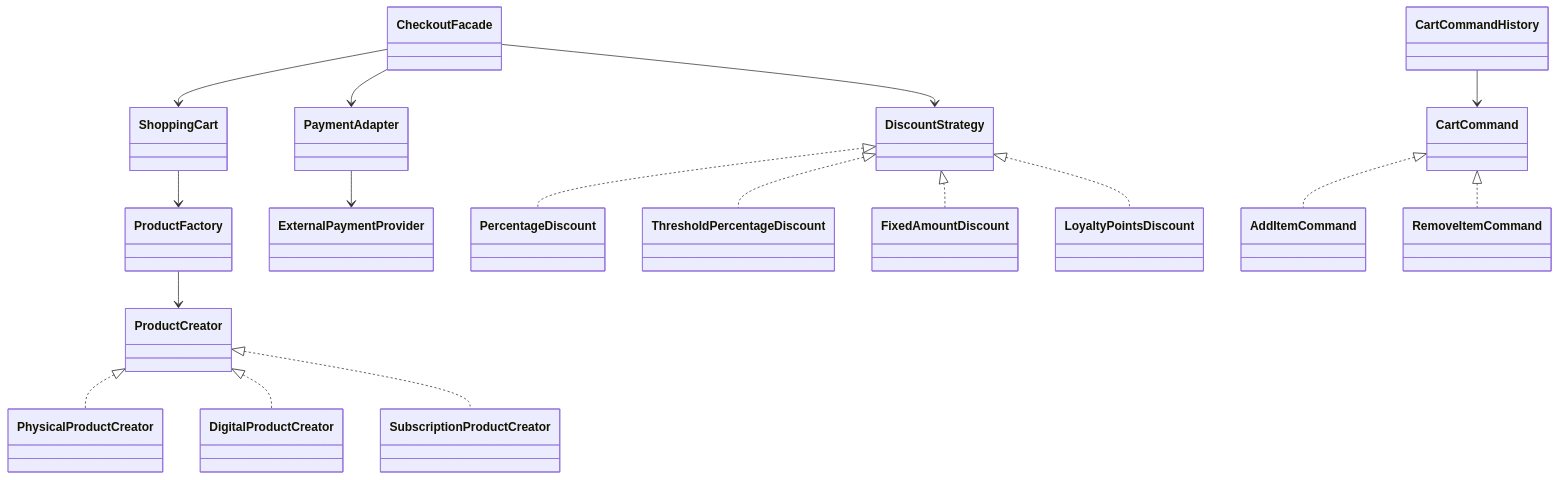
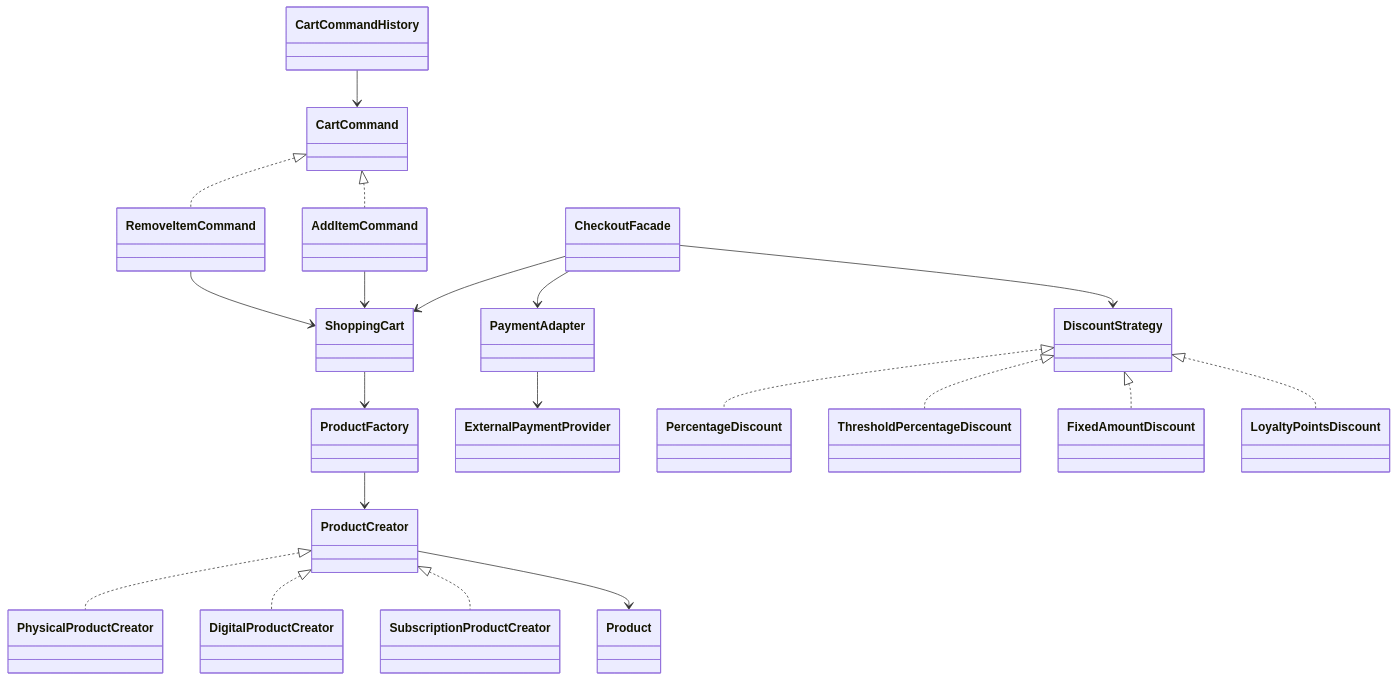
Before and after one commit to ArcielB/evolving-cart-patterns: the diagram in README.md, drawn with Mermaid. The commit also changed other lines of this file and 2 other files, not shown here.

Commit message:
docs: record final command review refinement

````diff
--- a/README.md
+++ b/README.md
@@ -42,19 +42,22 @@
 ```mermaid
 classDiagram
     ShoppingCart --> ProductFactory
     ProductFactory --> ProductCreator
     ProductCreator <|.. PhysicalProductCreator
     ProductCreator <|.. DigitalProductCreator
     ProductCreator <|.. SubscriptionProductCreator
+    ProductCreator --> Product
     CheckoutFacade --> ShoppingCart
     CheckoutFacade --> DiscountStrategy
     CheckoutFacade --> PaymentAdapter
     PaymentAdapter --> ExternalPaymentProvider
     DiscountStrategy <|.. PercentageDiscount
     DiscountStrategy <|.. ThresholdPercentageDiscount
     DiscountStrategy <|.. FixedAmountDiscount
     DiscountStrategy <|.. LoyaltyPointsDiscount
     CartCommand <|.. AddItemCommand
     CartCommand <|.. RemoveItemCommand
     CartCommandHistory --> CartCommand
+    AddItemCommand --> ShoppingCart
+    RemoveItemCommand --> ShoppingCart
 ```
````
